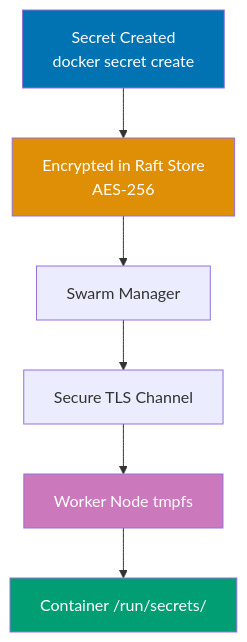
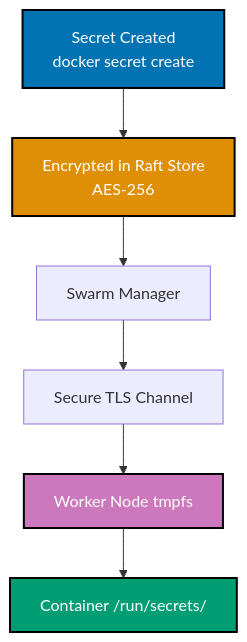
Diagram 11 of 14 in apps/ayokoding-web/content/en/learn/software-engineering/infrastructure/tools/docker/by-example/advanced.md (wahidyankf/open-sharia-enterprise), drawn with Mermaid before and after one commit. The commit also changed other lines of this file and 25 other files, not shown here.

````diff
--- a/apps/ayokoding-web/content/en/learn/software-engineering/infrastructure/tools/docker/by-example/advanced.md
+++ b/apps/ayokoding-web/content/en/learn/software-engineering/infrastructure/tools/docker/by-example/advanced.md
@@ -2752,13 +2762,14 @@
 ```mermaid
+%% Color Palette: Blue #0173B2, Orange #DE8F05, Teal #029E73, Purple #CC78BC, Brown #CA9161
 graph TD
     A["Secret Created<br/>docker secret create"] --> B["Encrypted in Raft Store<br/>AES-256"]
     B --> C["Swarm Manager"]
     C --> D["Secure TLS Channel"]
     D --> E["Worker Node tmpfs"]
     E --> F["Container /run/secrets/"]
 
-    style A fill:#0173B2,color:#fff
-    style B fill:#DE8F05,color:#fff
-    style E fill:#CC78BC,color:#fff
-    style F fill:#029E73,color:#fff
+    style A fill:#0173B2,stroke:#000000,stroke-width:2px,color:#fff
+    style B fill:#DE8F05,stroke:#000000,stroke-width:2px,color:#fff
+    style E fill:#CC78BC,stroke:#000000,stroke-width:2px,color:#fff
+    style F fill:#029E73,stroke:#000000,stroke-width:2px,color:#fff
 ```
````
